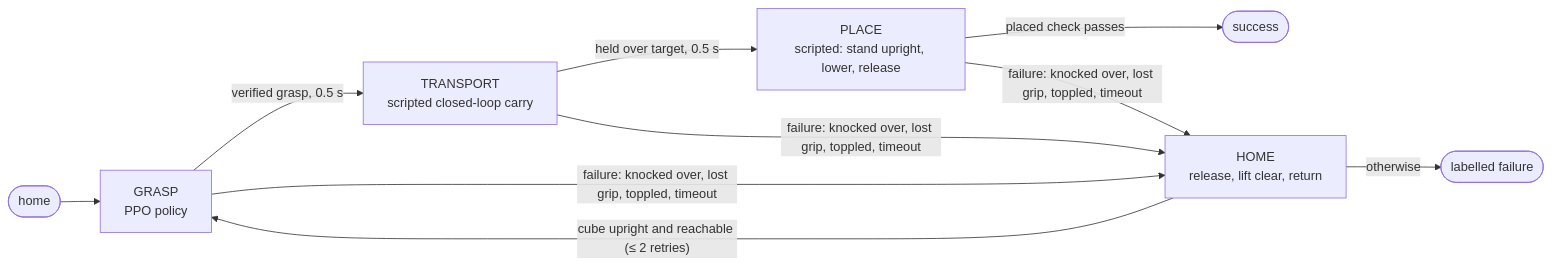
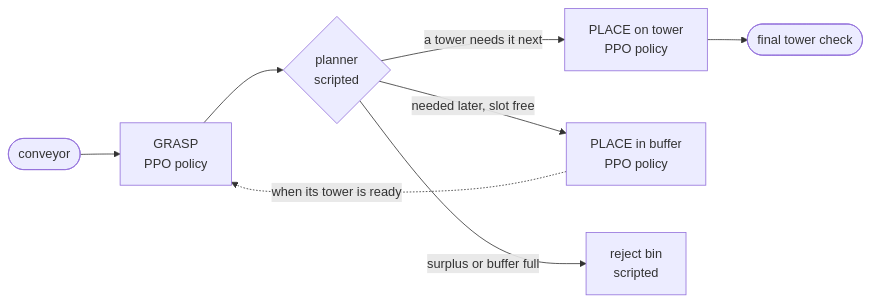
Before and after one commit to Abdullah-Muz/polypanda: the diagram in README.md, drawn with Mermaid. The commit also changed other lines of this file and 5 other files, not shown here.

````diff
--- a/README.md
+++ b/README.md
@@ -13,10 +56,10 @@
 ```mermaid
 flowchart LR
-    S([home]) --> G[GRASP<br/>PPO policy]
-    G -- "verified grasp, 0.5 s" --> T[TRANSPORT<br/>scripted closed-loop carry]
-    T -- "held over target, 0.5 s" --> P[PLACE<br/>scripted: stand upright, lower, release]
-    P -- "placed check passes" --> OK([success])
-    G & T & P -- "failure: knocked over, lost grip, toppled, timeout" --> H[HOME<br/>release, lift clear, return]
-    H -- "cube upright and reachable (≤ 2 retries)" --> G
-    H -- "otherwise" --> F([labelled failure])
+    I([conveyor]) --> G[GRASP<br/>PPO policy]
+    G --> P{planner<br/>scripted}
+    P -- "a tower needs it next" --> T[PLACE on tower<br/>PPO policy]
+    P -- "needed later, slot free" --> B[PLACE in buffer<br/>PPO policy]
+    P -- "surplus or buffer full" --> R[reject bin<br/>scripted]
+    B -. "when its tower is ready" .-> G
+    T --> C([final tower check])
 ```
````
